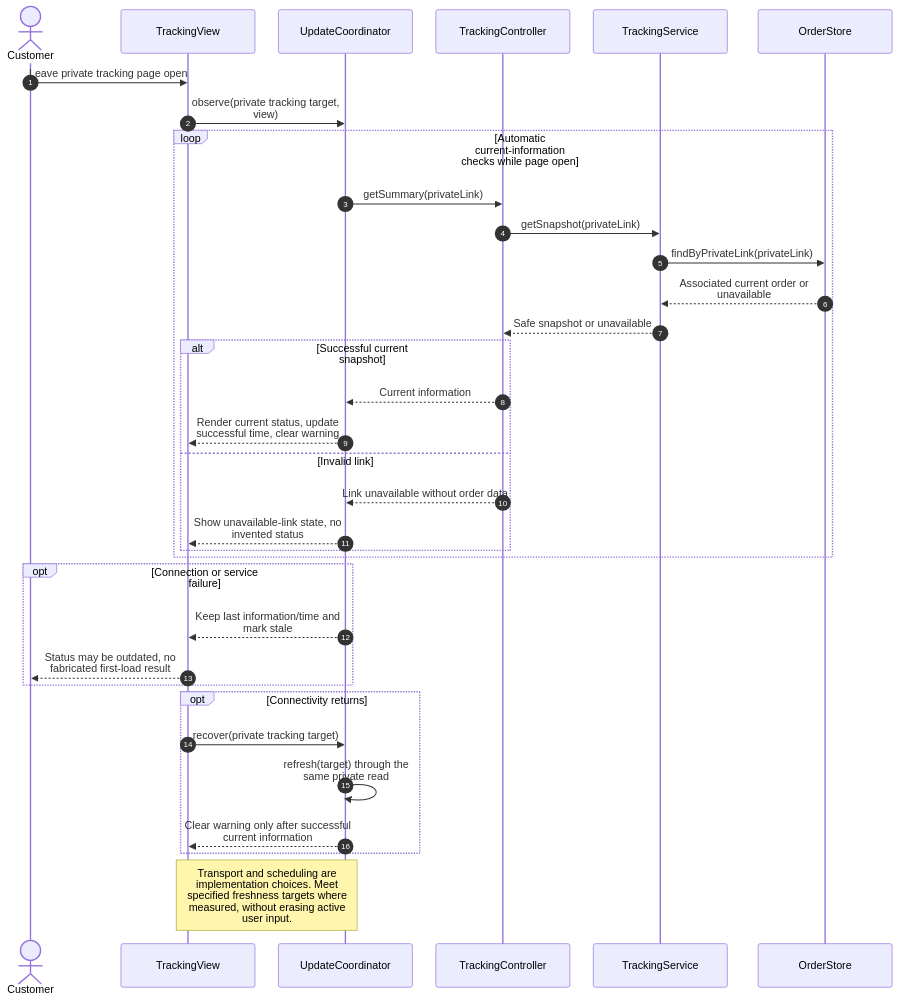
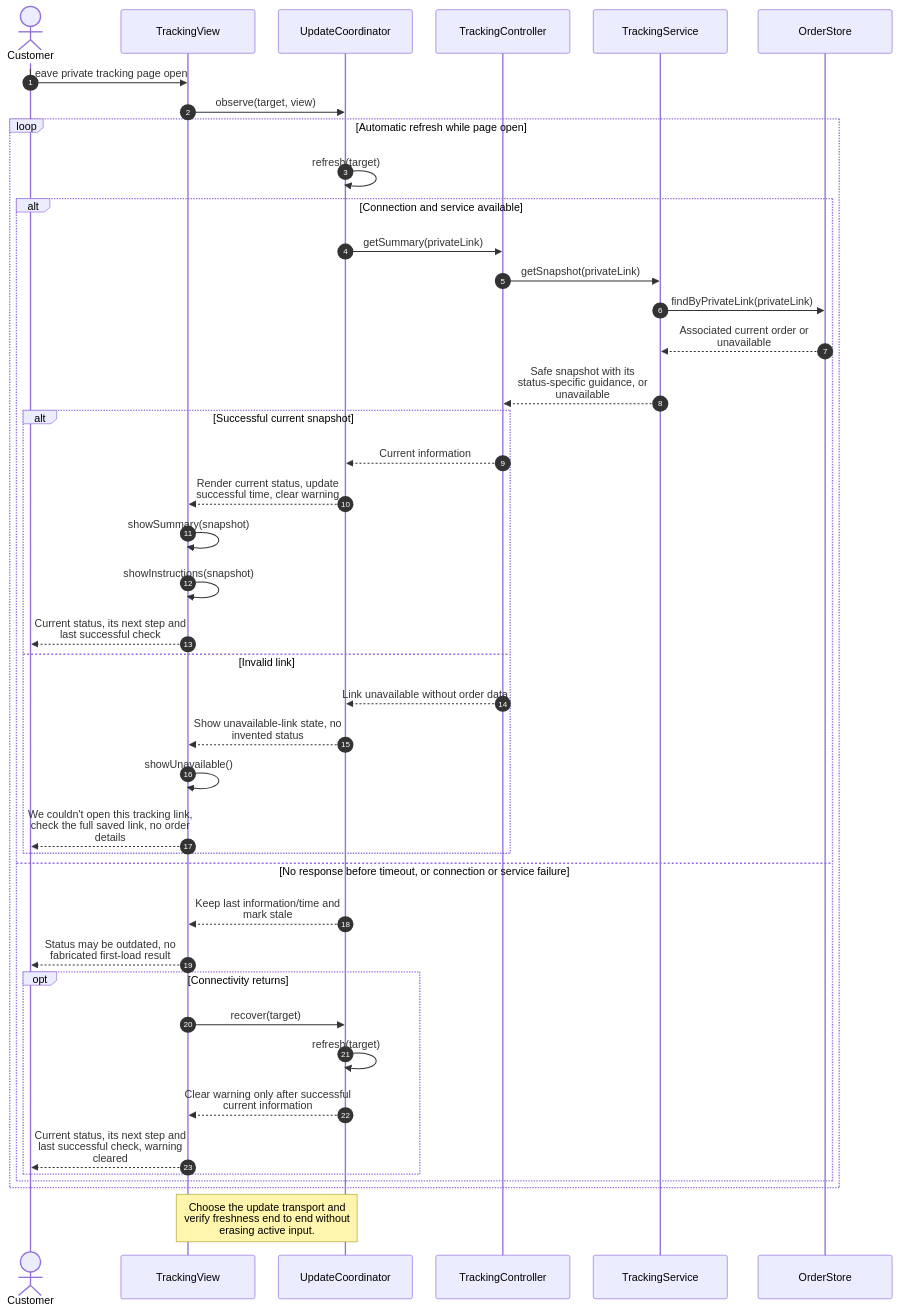
The diagram in design/diagrams/C2-tracking-refresh.mmd (axantillon/mesa-tica), drawn with Mermaid before and after one commit. The commit also changed 19 other files, not shown here.

```diff
--- a/design/diagrams/C2-tracking-refresh.mmd
+++ b/design/diagrams/C2-tracking-refresh.mmd
@@ -1,35 +1,43 @@
 %%{init: {"sequence": {"wrap": true, "width": 200, "actorMargin": 35}}}%%
 sequenceDiagram
     autonumber
     actor Customer
     participant UI as TrackingView
     participant U as UpdateCoordinator
     participant C as TrackingController
     participant S as TrackingService
     participant O as OrderStore
     Customer->>UI: Leave private tracking page open
-    UI->>U: observe(private tracking target, view)
-    loop Automatic current-information checks while page open
+    UI->>U: observe(target, view)
+    loop Automatic refresh while page open
+    U->>U: refresh(target)
+    alt Connection and service available
     U->>C: getSummary(privateLink)
     C->>S: getSnapshot(privateLink)
     S->>O: findByPrivateLink(privateLink)
     O-->>S: Associated current order or unavailable
-    S-->>C: Safe snapshot or unavailable
+    S-->>C: Safe snapshot with its status-specific guidance, or unavailable
     alt Successful current snapshot
     C-->>U: Current information
     U-->>UI: Render current status, update successful time, clear warning
+    UI->>UI: showSummary(snapshot)
+    UI->>UI: showInstructions(snapshot)
+    UI-->>Customer: Current status, its next step and last successful check
     else Invalid link
     C-->>U: Link unavailable without order data
     U-->>UI: Show unavailable-link state, no invented status
+    UI->>UI: showUnavailable()
+    UI-->>Customer: We couldn't open this tracking link, check the full saved link, no order details
+    end
+    else No response before timeout, or connection or service failure
+    U-->>UI: Keep last information/time and mark stale
+    UI-->>Customer: Status may be outdated, no fabricated first-load result
+    opt Connectivity returns
+    UI->>U: recover(target)
+    U->>U: refresh(target)
+    U-->>UI: Clear warning only after successful current information
+    UI-->>Customer: Current status, its next step and last successful check, warning cleared
     end
     end
-    opt Connection or service failure
-    U-->>UI: Keep last information/time and mark stale
-    UI-->>Customer: Status may be outdated, no fabricated first-load result
     end
-    opt Connectivity returns
-    UI->>U: recover(private tracking target)
-    U->>U: refresh(target) through the same private read
-    U-->>UI: Clear warning only after successful current information
-    end
-    Note over UI,U: Transport and scheduling are implementation choices. Meet specified freshness targets where measured, without erasing active user input.
+    Note over UI,U: Choose the update transport and verify freshness end to end without erasing active input.
```
